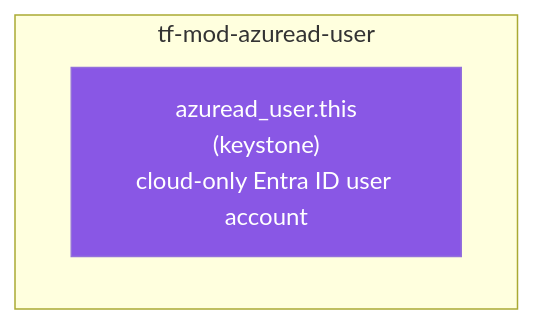
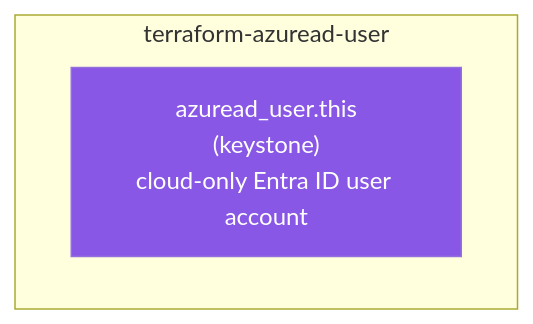
One commit to microsoftexpert/terraform-azuread-user changed the second of 2 diagrams in README.md. Above: the diagram before and after it, drawn with Mermaid. The commit also changed other lines of this file and 2 other files, not shown here.

````diff
--- a/README.md
+++ b/README.md
@@ -64,8 +64,8 @@
 ```mermaid
 flowchart TD
- subgraph mod["tf-mod-azuread-user"]
+ subgraph mod["terraform-azuread-user"]
  THIS["azuread_user.this<br/>(keystone)<br/>cloud-only Entra ID user account"]
  end
 
  style THIS fill:#8957E5,color:#fff
 ```
````
